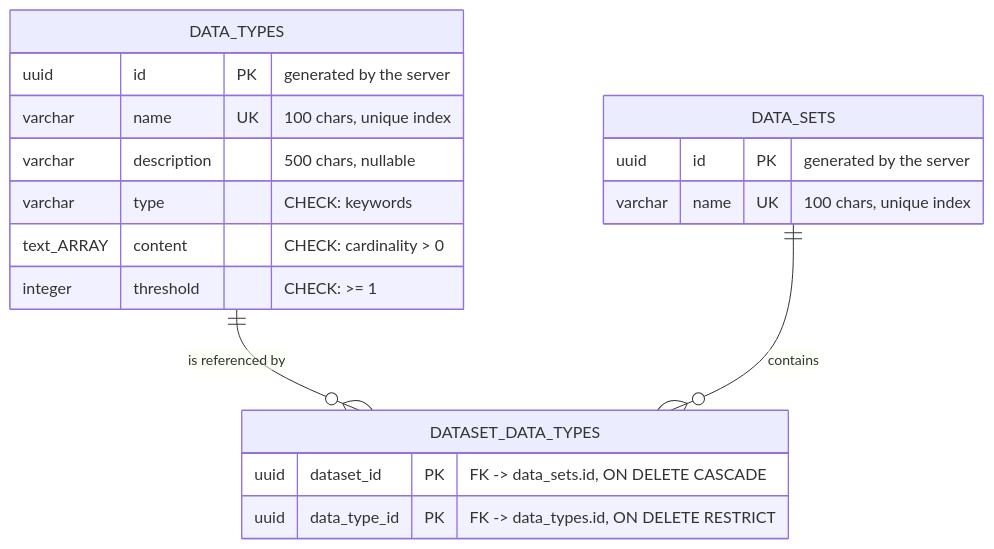
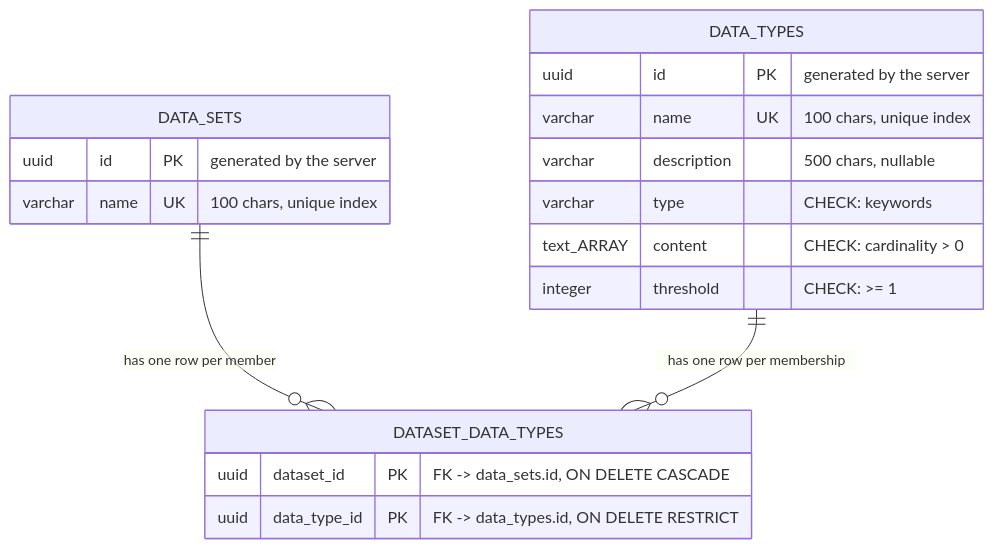
Diagram 14 of 18 in docs/ARCHITECTURE.md (dolevol/data_leak_prevention), drawn with Mermaid before and after one commit. The commit also changed other lines of this file and 11 other files, not shown here.

````diff
--- a/docs/ARCHITECTURE.md
+++ b/docs/ARCHITECTURE.md
@@ -286,24 +321,24 @@
 ```mermaid
 erDiagram
-    DATA_TYPES ||--o{ DATASET_DATA_TYPES : "is referenced by"
-    DATA_SETS  ||--o{ DATASET_DATA_TYPES : "contains"
+    DATA_SETS  ||--o{ DATASET_DATA_TYPES : "has one row per member"
+    DATA_TYPES ||--o{ DATASET_DATA_TYPES : "has one row per membership"
 
     DATA_TYPES {
         uuid    id          PK "generated by the server"
         varchar name        UK "100 chars, unique index"
         varchar description    "500 chars, nullable"
         varchar type           "CHECK: keywords"
         text_ARRAY content     "CHECK: cardinality > 0"
         integer threshold      "CHECK: >= 1"
     }
 
     DATA_SETS {
         uuid    id   PK "generated by the server"
         varchar name UK "100 chars, unique index"
     }
 
     DATASET_DATA_TYPES {
         uuid dataset_id   PK "FK -> data_sets.id, ON DELETE CASCADE"
         uuid data_type_id PK "FK -> data_types.id, ON DELETE RESTRICT"
     }
 ```
````
